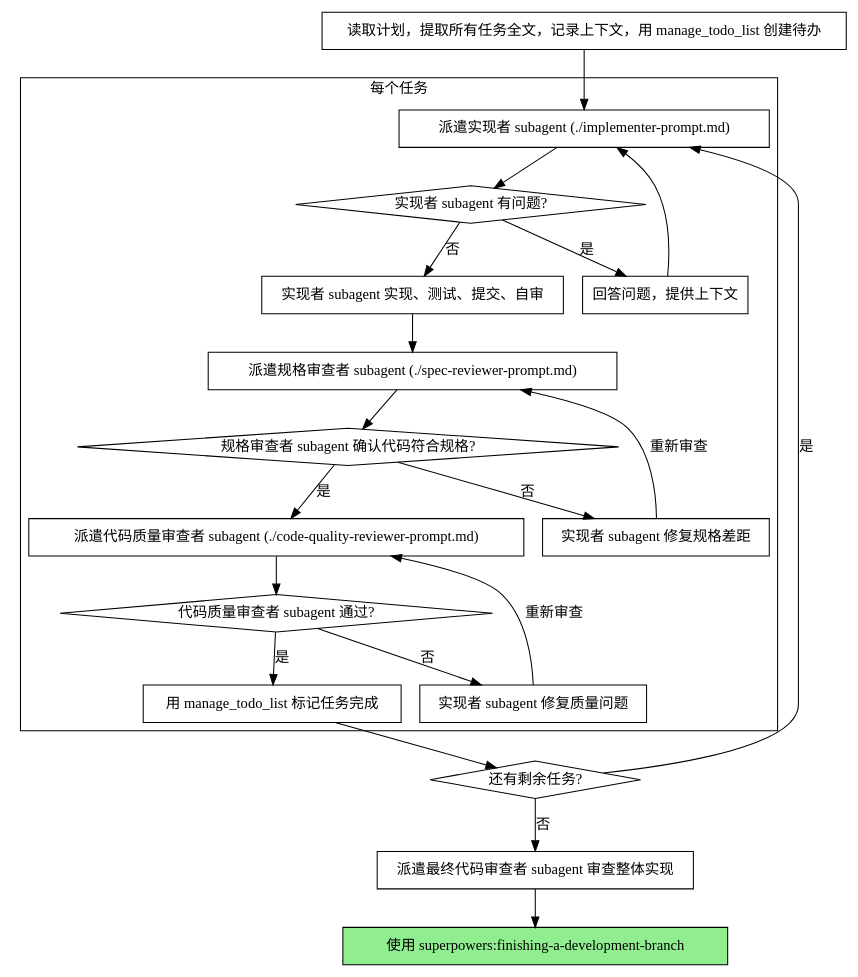
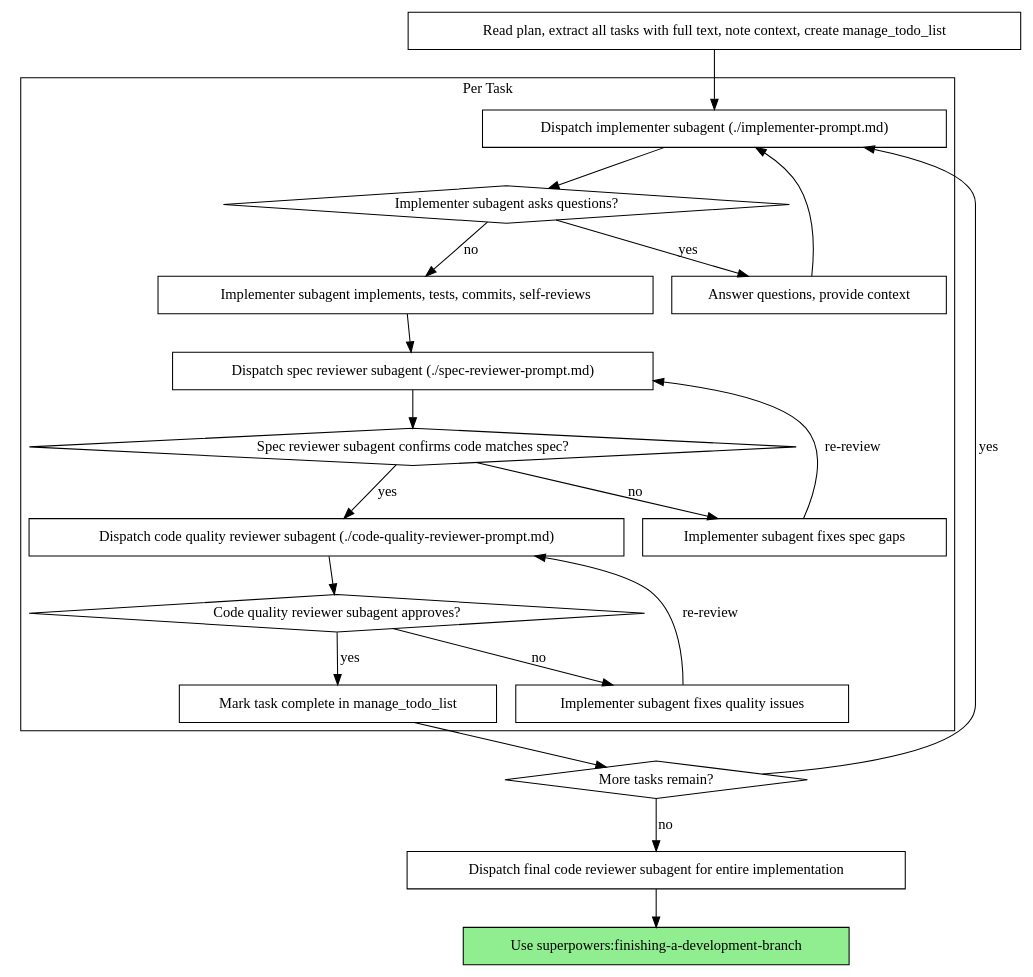
Before and after one commit to parkth1026/parking-agents: the second of 2 diagrams in .copilot/skills/subagent-driven-development/SKILL.md, drawn with Graphviz. The commit also changed other lines of this file and 15 other files, not shown here.

````diff
--- a/.copilot/skills/subagent-driven-development/SKILL.md
+++ b/.copilot/skills/subagent-driven-development/SKILL.md
@@ -44,44 +44,44 @@
 ```dot
 digraph process {
     rankdir=TB;
 
     subgraph cluster_per_task {
-        label="每个任务";
-        "派遣实现者 subagent (./implementer-prompt.md)" [shape=box];
-        "实现者 subagent 有问题?" [shape=diamond];
-        "回答问题，提供上下文" [shape=box];
-        "实现者 subagent 实现、测试、提交、自审" [shape=box];
-        "派遣规格审查者 subagent (./spec-reviewer-prompt.md)" [shape=box];
-        "规格审查者 subagent 确认代码符合规格?" [shape=diamond];
-        "实现者 subagent 修复规格差距" [shape=box];
-        "派遣代码质量审查者 subagent (./code-quality-reviewer-prompt.md)" [shape=box];
-        "代码质量审查者 subagent 通过?" [shape=diamond];
-        "实现者 subagent 修复质量问题" [shape=box];
-        "用 manage_todo_list 标记任务完成" [shape=box];
+        label="Per Task";
+        "Dispatch implementer subagent (./implementer-prompt.md)" [shape=box];
+        "Implementer subagent asks questions?" [shape=diamond];
+        "Answer questions, provide context" [shape=box];
+        "Implementer subagent implements, tests, commits, self-reviews" [shape=box];
+        "Dispatch spec reviewer subagent (./spec-reviewer-prompt.md)" [shape=box];
+        "Spec reviewer subagent confirms code matches spec?" [shape=diamond];
+        "Implementer subagent fixes spec gaps" [shape=box];
+        "Dispatch code quality reviewer subagent (./code-quality-reviewer-prompt.md)" [shape=box];
+        "Code quality reviewer subagent approves?" [shape=diamond];
+        "Implementer subagent fixes quality issues" [shape=box];
+        "Mark task complete in manage_todo_list" [shape=box];
     }
 
-    "读取计划，提取所有任务全文，记录上下文，用 manage_todo_list 创建待办" [shape=box];
-    "还有剩余任务?" [shape=diamond];
-    "派遣最终代码审查者 subagent 审查整体实现" [shape=box];
-    "使用 superpowers:finishing-a-development-branch" [shape=box style=filled fillcolor=lightgreen];
+    "Read plan, extract all tasks with full text, note context, create manage_todo_list" [shape=box];
+    "More tasks remain?" [shape=diamond];
+    "Dispatch final code reviewer subagent for entire implementation" [shape=box];
+    "Use superpowers:finishing-a-development-branch" [shape=box style=filled fillcolor=lightgreen];
 
-    "读取计划，提取所有任务全文，记录上下文，用 manage_todo_list 创建待办" -> "派遣实现者 subagent (./implementer-prompt.md)";
-    "派遣实现者 subagent (./implementer-prompt.md)" -> "实现者 subagent 有问题?";
-    "实现者 subagent 有问题?" -> "回答问题，提供上下文" [label="是"];
-    "回答问题，提供上下文" -> "派遣实现者 subagent (./implementer-prompt.md)";
-    "实现者 subagent 有问题?" -> "实现者 subagent 实现、测试、提交、自审" [label="否"];
-    "实现者 subagent 实现、测试、提交、自审" -> "派遣规格审查者 subagent (./spec-reviewer-prompt.md)";
-    "派遣规格审查者 subagent (./spec-reviewer-prompt.md)" -> "规格审查者 subagent 确认代码符合规格?";
-    "规格审查者 subagent 确认代码符合规格?" -> "实现者 subagent 修复规格差距" [label="否"];
-    "实现者 subagent 修复规格差距" -> "派遣规格审查者 subagent (./spec-reviewer-prompt.md)" [label="重新审查"];
-    "规格审查者 subagent 确认代码符合规格?" -> "派遣代码质量审查者 subagent (./code-quality-reviewer-prompt.md)" [label="是"];
-    "派遣代码质量审查者 subagent (./code-quality-reviewer-prompt.md)" -> "代码质量审查者 subagent 通过?";
-    "代码质量审查者 subagent 通过?" -> "实现者 subagent 修复质量问题" [label="否"];
-    "实现者 subagent 修复质量问题" -> "派遣代码质量审查者 subagent (./code-quality-reviewer-prompt.md)" [label="重新审查"];
-    "代码质量审查者 subagent 通过?" -> "用 manage_todo_list 标记任务完成" [label="是"];
-    "用 manage_todo_list 标记任务完成" -> "还有剩余任务?";
-    "还有剩余任务?" -> "派遣实现者 subagent (./implementer-prompt.md)" [label="是"];
-    "还有剩余任务?" -> "派遣最终代码审查者 subagent 审查整体实现" [label="否"];
-    "派遣最终代码审查者 subagent 审查整体实现" -> "使用 superpowers:finishing-a-development-branch";
+    "Read plan, extract all tasks with full text, note context, create manage_todo_list" -> "Dispatch implementer subagent (./implementer-prompt.md)";
+    "Dispatch implementer subagent (./implementer-prompt.md)" -> "Implementer subagent asks questions?";
+    "Implementer subagent asks questions?" -> "Answer questions, provide context" [label="yes"];
+    "Answer questions, provide context" -> "Dispatch implementer subagent (./implementer-prompt.md)";
+    "Implementer subagent asks questions?" -> "Implementer subagent implements, tests, commits, self-reviews" [label="no"];
+    "Implementer subagent implements, tests, commits, self-reviews" -> "Dispatch spec reviewer subagent (./spec-reviewer-prompt.md)";
+    "Dispatch spec reviewer subagent (./spec-reviewer-prompt.md)" -> "Spec reviewer subagent confirms code matches spec?";
+    "Spec reviewer subagent confirms code matches spec?" -> "Implementer subagent fixes spec gaps" [label="no"];
+    "Implementer subagent fixes spec gaps" -> "Dispatch spec reviewer subagent (./spec-reviewer-prompt.md)" [label="re-review"];
+    "Spec reviewer subagent confirms code matches spec?" -> "Dispatch code quality reviewer subagent (./code-quality-reviewer-prompt.md)" [label="yes"];
+    "Dispatch code quality reviewer subagent (./code-quality-reviewer-prompt.md)" -> "Code quality reviewer subagent approves?";
+    "Code quality reviewer subagent approves?" -> "Implementer subagent fixes quality issues" [label="no"];
+    "Implementer subagent fixes quality issues" -> "Dispatch code quality reviewer subagent (./code-quality-reviewer-prompt.md)" [label="re-review"];
+    "Code quality reviewer subagent approves?" -> "Mark task complete in manage_todo_list" [label="yes"];
+    "Mark task complete in manage_todo_list" -> "More tasks remain?";
+    "More tasks remain?" -> "Dispatch implementer subagent (./implementer-prompt.md)" [label="yes"];
+    "More tasks remain?" -> "Dispatch final code reviewer subagent for entire implementation" [label="no"];
+    "Dispatch final code reviewer subagent for entire implementation" -> "Use superpowers:finishing-a-development-branch";
 }
 ```
````
